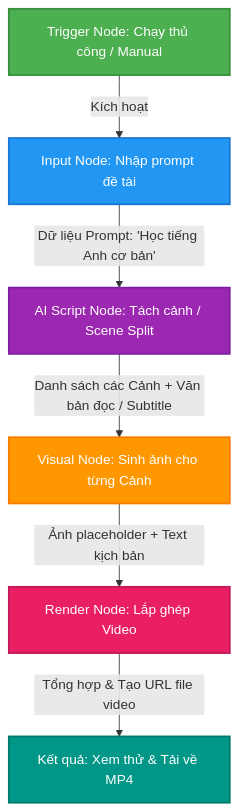
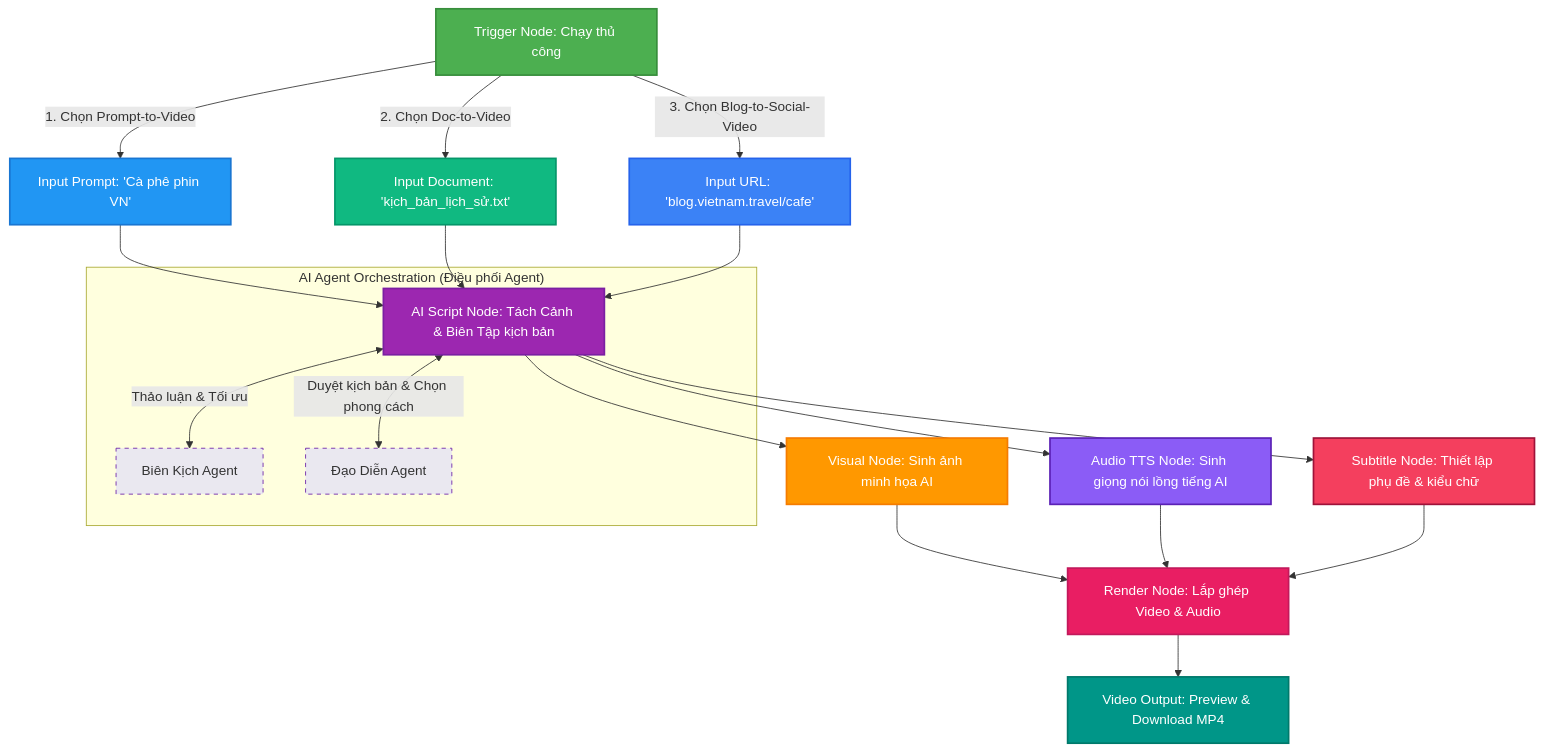
Before and after one commit to hahuuhung/HMLnotext: the diagram in doc/workflow_diagram.md, drawn with Mermaid. The commit also changed other lines of this file and 2 other files, not shown here.

Commit message:
feat: Tasks 8, 9 - Add new custom nodes and update workflow diagram / UX mockup

````diff
--- a/doc/workflow_diagram.md
+++ b/doc/workflow_diagram.md
@@ -5,15 +5,43 @@
 ```mermaid
 graph TD
-    A[Trigger Node: Chạy thủ công / Manual] -->|Kích hoạt| B[Input Node: Nhập prompt đề tài]
-    B -->|Dữ liệu Prompt: 'Học tiếng Anh cơ bản'| C[AI Script Node: Tách cảnh / Scene Split]
-    C -->|Danh sách các Cảnh + Văn bản đọc / Subtitle| D[Visual Node: Sinh ảnh cho từng Cảnh]
-    D -->|Ảnh placeholder + Text kịch bản| E[Render Node: Lắp ghép Video]
-    E -->|Tổng hợp & Tạo URL file video| F[Kết quả: Xem thử & Tải về MP4]
+    %% Định nghĩa các luồng đầu vào
+    T[Trigger Node: Chạy thủ công] -->|1. Chọn Prompt-to-Video| I1[Input Prompt: 'Cà phê phin VN']
+    T -->|2. Chọn Doc-to-Video| I2[Input Document: 'kịch_bản_lịch_sử.txt']
+    T -->|3. Chọn Blog-to-Social-Video| I3[Input URL: 'blog.vietnam.travel/cafe']
+
+    %% Giai đoạn AI Script & Agent Orchestration
+    I1 --> C[AI Script Node: Tách Cảnh & Biên Tập kịch bản]
+    I2 --> C
+    I3 --> C
     
-    style A fill:#4CAF50,stroke:#388E3C,stroke-width:2px,color:#fff
-    style B fill:#2196F3,stroke:#1976D2,stroke-width:2px,color:#fff
+    %% Phối hợp đa nhân vật
+    subgraph AgentOrchestration["AI Agent Orchestration (Điều phối Agent)"]
+        C <-->|Thảo luận & Tối ưu| A1[Biên Kịch Agent]
+        C <-->|Duyệt kịch bản & Chọn phong cách| A2[Đạo Diễn Agent]
+    end
+
+    %% Giai đoạn Asset Generation
+    C --> V[Visual Node: Sinh ảnh minh họa AI]
+    C --> A[Audio TTS Node: Sinh giọng nói lồng tiếng AI]
+    C --> S[Subtitle Node: Thiết lập phụ đề & kiểu chữ]
+
+    %% Xuất bản video
+    V --> R[Render Node: Lắp ghép Video & Audio]
+    A --> R
+    S --> R
+    
+    R --> F[Video Output: Preview & Download MP4]
+
+    style T fill:#4CAF50,stroke:#388E3C,stroke-width:2px,color:#fff
+    style I1 fill:#2196F3,stroke:#1976D2,stroke-width:2px,color:#fff
+    style I2 fill:#10b981,stroke:#059669,stroke-width:2px,color:#fff
+    style I3 fill:#3b82f6,stroke:#2563eb,stroke-width:2px,color:#fff
     style C fill:#9C27B0,stroke:#7B1FA2,stroke-width:2px,color:#fff
-    style D fill:#FF9800,stroke:#F57C00,stroke-width:2px,color:#fff
-    style E fill:#E91E63,stroke:#C2185B,stroke-width:2px,color:#fff
+    style A1 fill:#eae8f0,stroke:#6b21a8,stroke-dasharray: 5 5
+    style A2 fill:#eae8f0,stroke:#6b21a8,stroke-dasharray: 5 5
+    style V fill:#FF9800,stroke:#F57C00,stroke-width:2px,color:#fff
+    style A fill:#8b5cf6,stroke:#5b21b6,stroke-width:2px,color:#fff
+    style S fill:#f43f5e,stroke:#9f1239,stroke-width:2px,color:#fff
+    style R fill:#E91E63,stroke:#C2185B,stroke-width:2px,color:#fff
     style F fill:#009688,stroke:#00796B,stroke-width:2px,color:#fff
 ```
````
